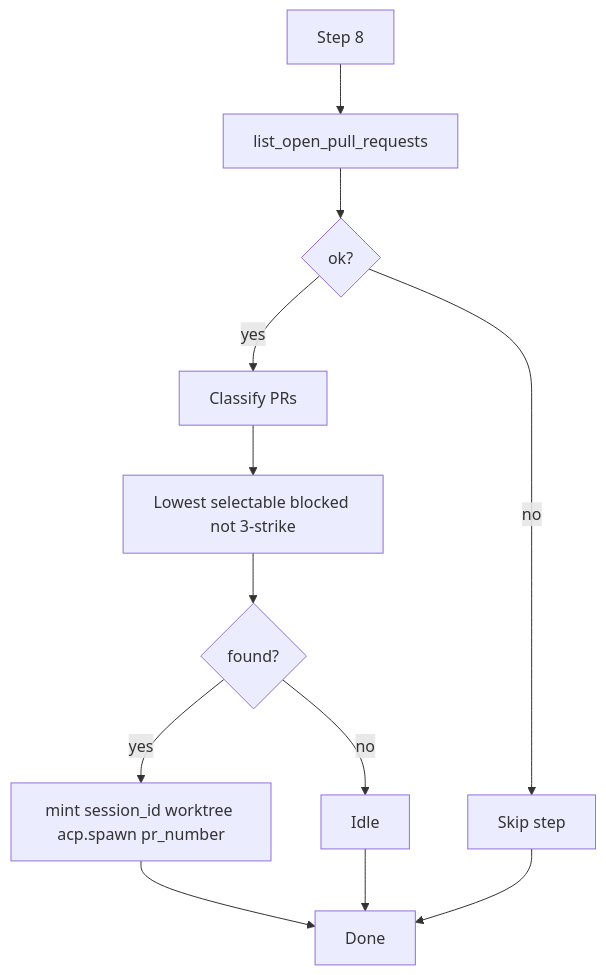
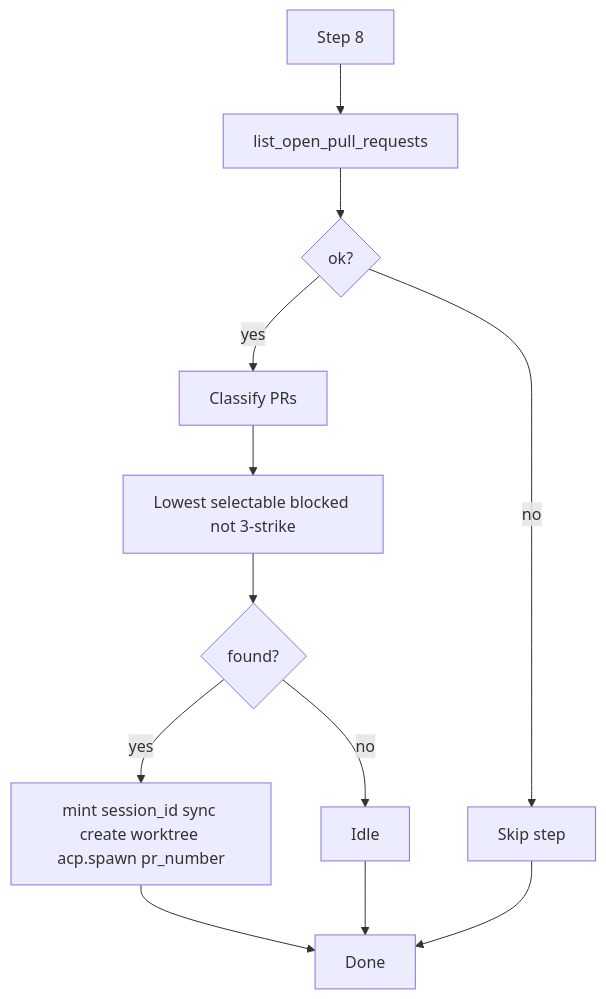
Before and after one commit to waigore/orkie: the fifth of 6 diagrams in spec/design/sequences.md, drawn with Mermaid. The commit also changed other lines of this file and 21 other files, not shown here.

First line of the commit message:
Sync start checkout to origin before each agent worktree spawn.

````diff
--- a/spec/design/sequences.md
+++ b/spec/design/sequences.md
@@ -192,14 +194,14 @@
 ```mermaid
 flowchart TD
   start[Step 8] --> fetch[list_open_pull_requests]
   fetch --> fail{ok?}
   fail -->|no| skip[Skip step]
   fail -->|yes| classify[Classify PRs]
   classify --> pick[Lowest selectable blocked not 3-strike]
   pick --> found{found?}
   found -->|no| idle[Idle]
-  found -->|yes| spawn[mint session_id worktree acp.spawn pr_number]
+  found -->|yes| spawn[mint session_id sync create worktree acp.spawn pr_number]
   spawn --> done[Done]
   idle --> done
   skip --> done
 ```
````
